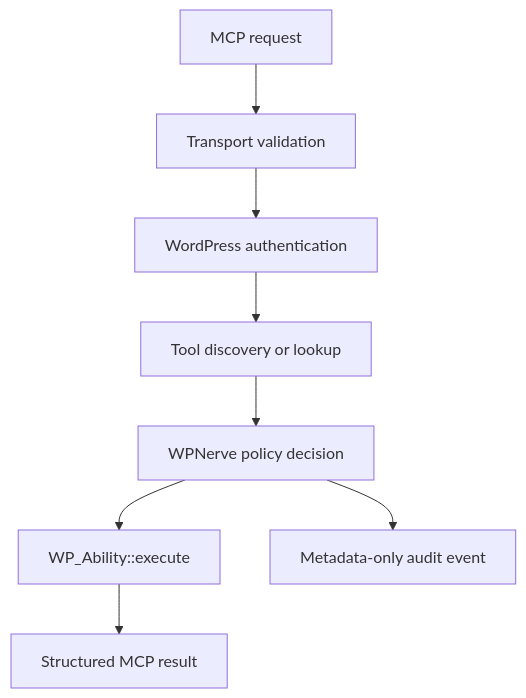
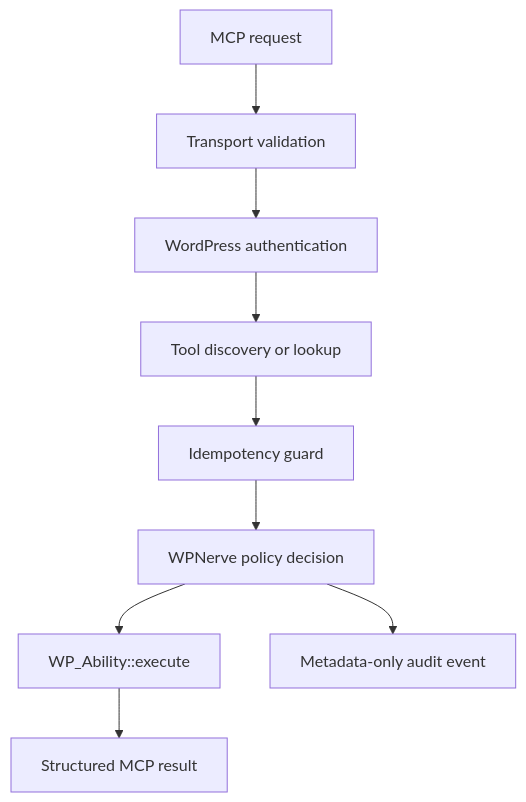
One commit to akelaonline/WP-Nerve changed the diagram in docs/architecture.md. Above: the diagram before and after it, drawn with Mermaid. The commit also changed other lines of this file and 39 other files, not shown here.

````diff
--- a/docs/architecture.md
+++ b/docs/architecture.md
@@ -11,10 +11,11 @@
 ```mermaid
 flowchart TD
     A["MCP request"] --> B["Transport validation"]
     B --> C["WordPress authentication"]
     C --> D["Tool discovery or lookup"]
-    D --> E["WPNerve policy decision"]
-    E --> F["WP_Ability::execute"]
-    F --> G["Structured MCP result"]
-    E --> H["Metadata-only audit event"]
+    D --> E["Idempotency guard"]
+    E --> F["WPNerve policy decision"]
+    F --> G["WP_Ability::execute"]
+    G --> H["Structured MCP result"]
+    F --> I["Metadata-only audit event"]
 ```
````
